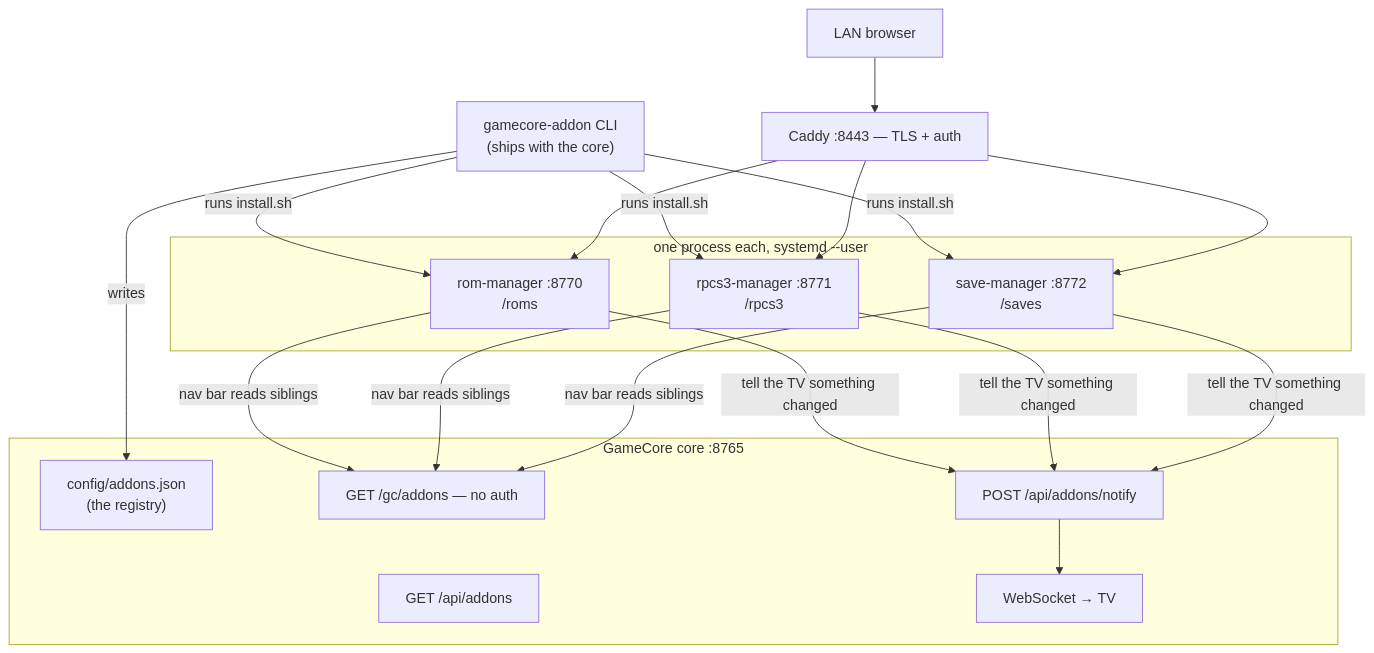
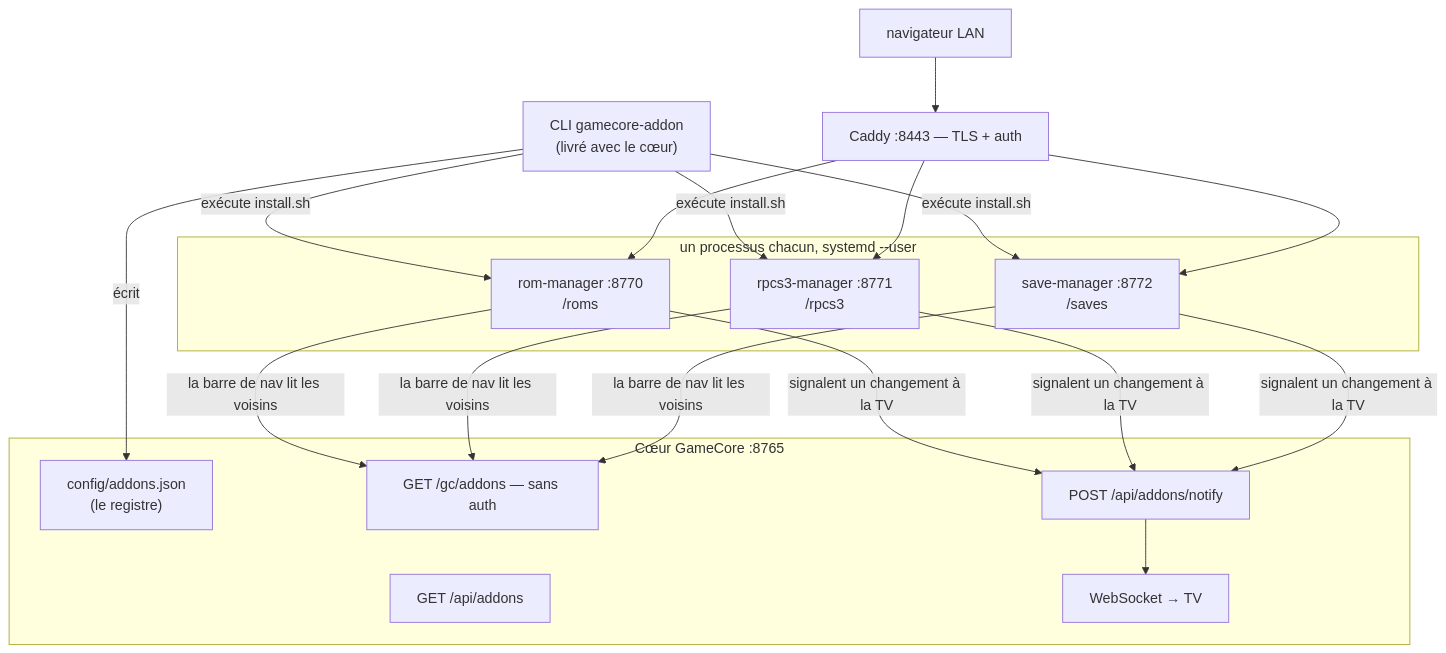
Before and after one commit to p4v1c/gamecore-addons: the diagram in docs/architecture/README.md, drawn with Mermaid. The commit also changed other lines of this file and 10 other files, not shown here.

First line of the commit message:
docs: passe la documentation d'architecture en français

````diff
--- a/docs/architecture/README.md
+++ b/docs/architecture/README.md
@@ -35,25 +35,25 @@
 ```mermaid
 flowchart TB
-    subgraph core["GameCore core :8765"]
-        reg["config/addons.json<br/>(the registry)"]
+    subgraph core["Cœur GameCore :8765"]
+        reg["config/addons.json<br/>(le registre)"]
         api1["GET /api/addons"]
-        api2["GET /gc/addons — no auth"]
+        api2["GET /gc/addons — sans auth"]
         api3["POST /api/addons/notify"]
         ws["WebSocket → TV"]
     end
 
-    cli["gamecore-addon CLI<br/>(ships with the core)"]
-    cli -->|writes| reg
-    cli -->|runs install.sh| a1 & a2 & a3
+    cli["CLI gamecore-addon<br/>(livré avec le cœur)"]
+    cli -->|écrit| reg
+    cli -->|exécute install.sh| a1 & a2 & a3
 
-    subgraph addons["one process each, systemd --user"]
+    subgraph addons["un processus chacun, systemd --user"]
         a1["rom-manager :8770<br/>/roms"]
         a2["rpcs3-manager :8771<br/>/rpcs3"]
         a3["save-manager :8772<br/>/saves"]
     end
 
-    a1 & a2 & a3 -->|"tell the TV something changed"| api3 --> ws
-    a1 & a2 & a3 -->|"nav bar reads siblings"| api2
+    a1 & a2 & a3 -->|"signalent un changement à la TV"| api3 --> ws
+    a1 & a2 & a3 -->|"la barre de nav lit les voisins"| api2
     caddy["Caddy :8443 — TLS + auth"] --> a1 & a2 & a3
-    lan["LAN browser"] --> caddy
+    lan["navigateur LAN"] --> caddy
 ```
````
